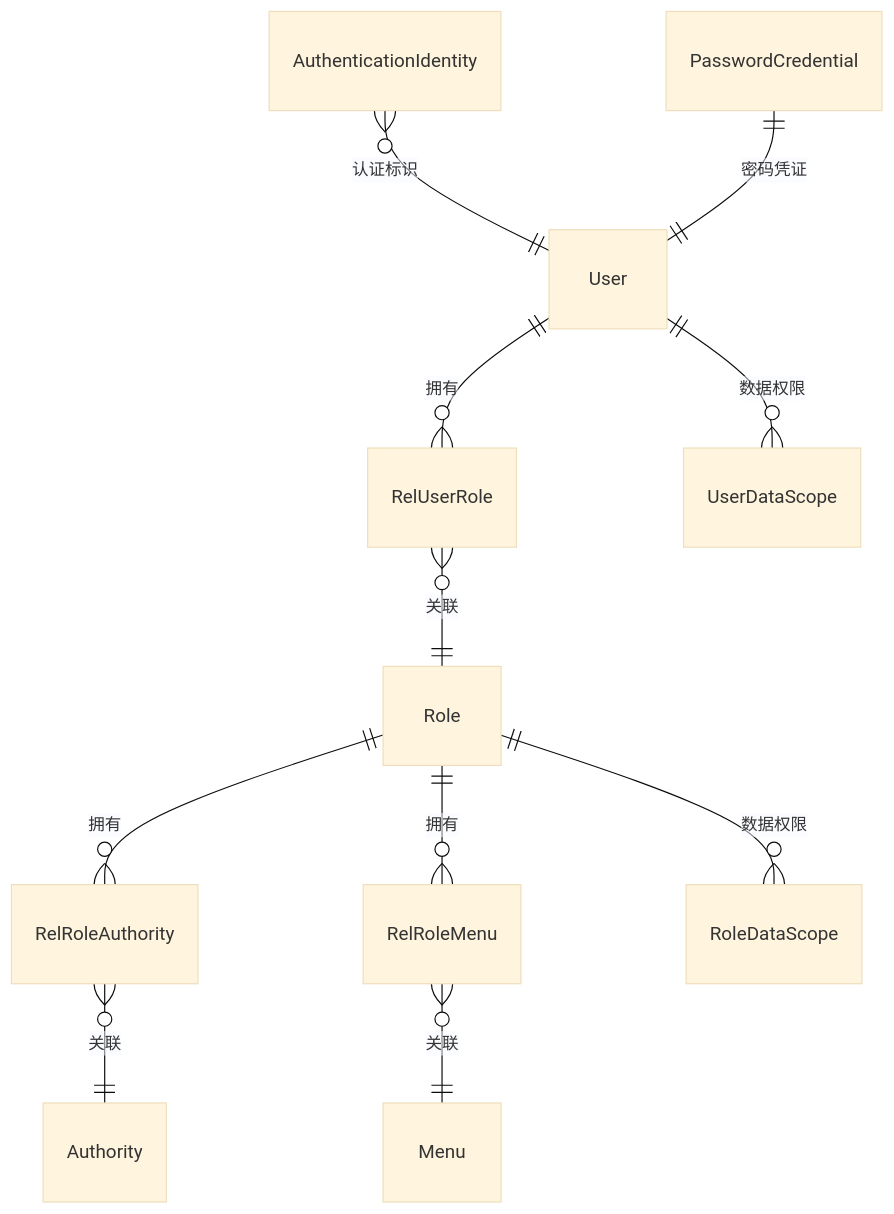
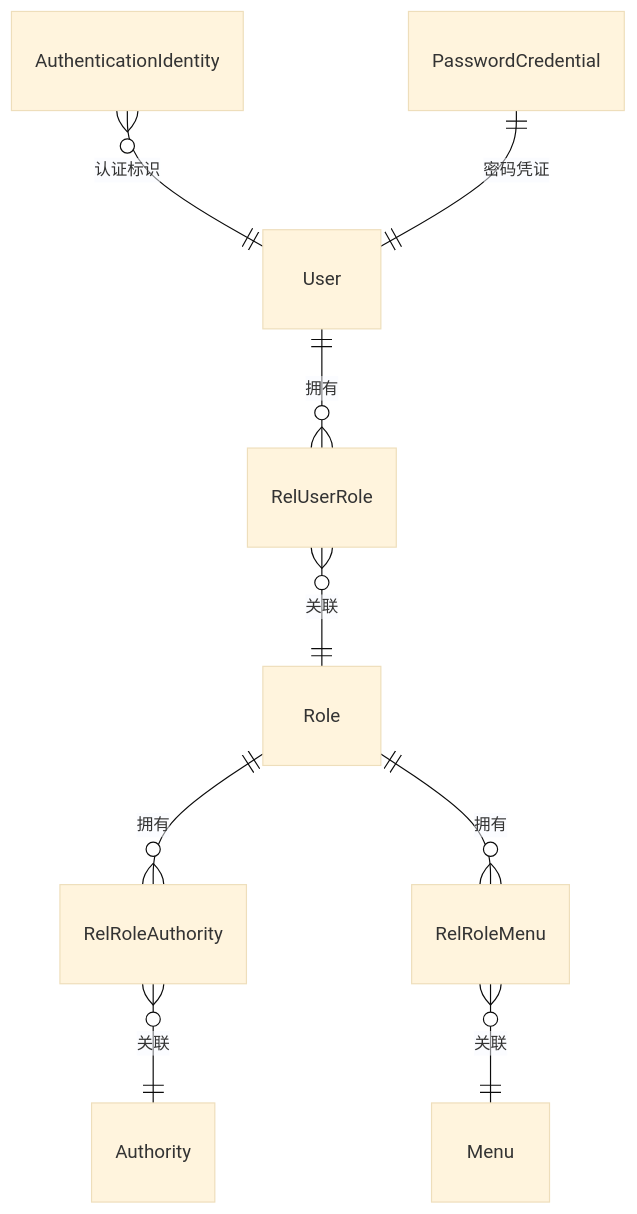
The diagram in docs/10-后端/20-用户与权限.md (yangxj96/spectra-docs), drawn with Mermaid (base theme) before and after one commit. The commit also changed other lines of this file and 8 other files, not shown here.

````diff
--- a/docs/10-后端/20-用户与权限.md
+++ b/docs/10-后端/20-用户与权限.md
@@ -14,13 +14,11 @@
 ```mermaid
 erDiagram
     AuthenticationIdentity }o--|| User : "认证标识"
     PasswordCredential ||--|| User : "密码凭证"
     User ||--o{ RelUserRole : "拥有"
     RelUserRole }o--|| Role : "关联"
     Role ||--o{ RelRoleAuthority : "拥有"
     RelRoleAuthority }o--|| Authority : "关联"
     Role ||--o{ RelRoleMenu : "拥有"
     RelRoleMenu }o--|| Menu : "关联"
-    Role ||--o{ RoleDataScope : "数据权限"
-    User ||--o{ UserDataScope : "数据权限"
 ```
````
